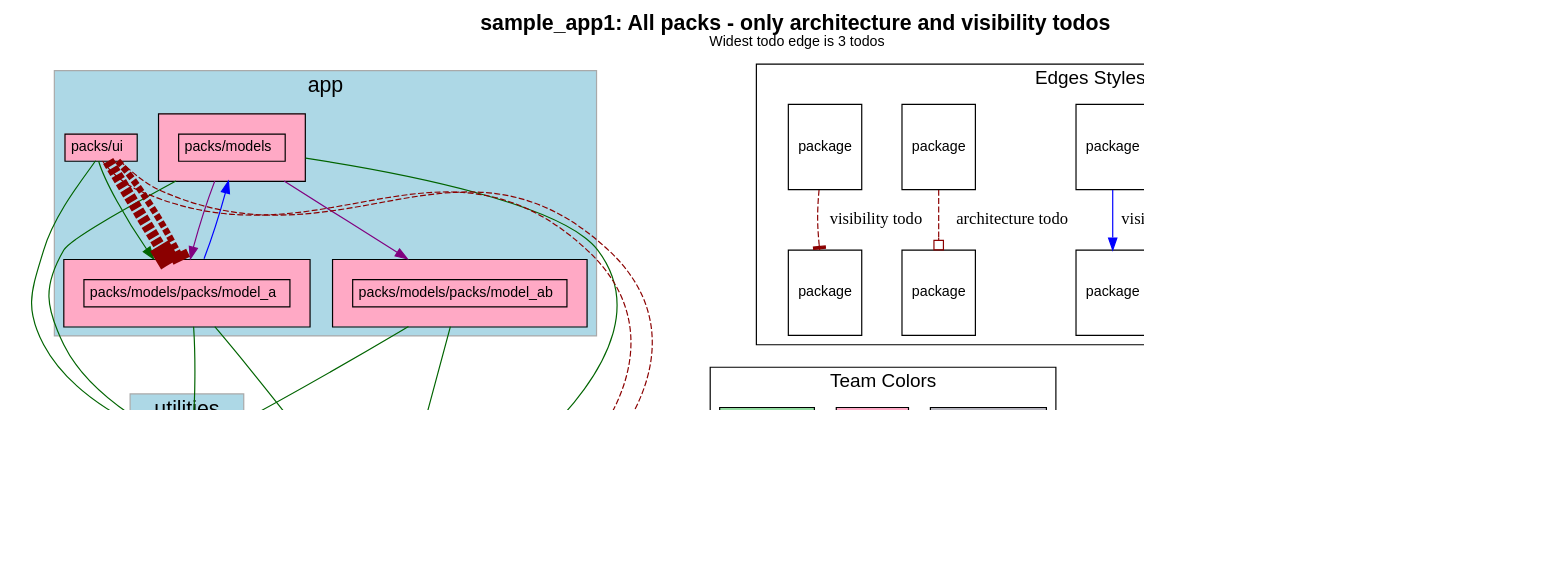
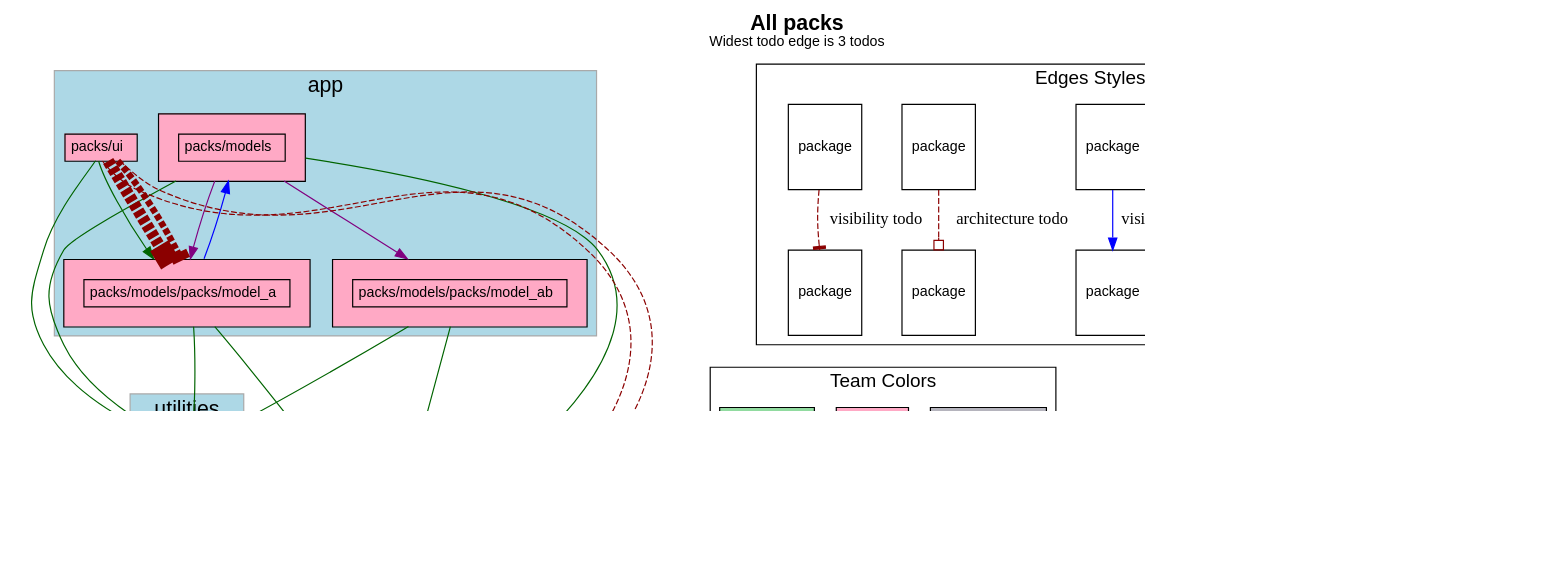
The diagram in spec/sample_app1/test_output/only_todo_types.dot (rubyatscale/visualize_packs), drawn with Graphviz before and after one commit. The commit also changed 21 other files, not shown here.

```diff
--- a/spec/sample_app1/test_output/only_todo_types.dot
+++ b/spec/sample_app1/test_output/only_todo_types.dot
@@ -5,7 +5,7 @@
     fontname="Helvetica,Arial,sans-serif"
     dpi=100
     layout=dot
-    label=<<b>sample_app1: All packs - only architecture and visibility todos</b><br/><font point-size='12'>Widest todo edge is 3 todos</font>>
+    label=<<b>All packs</b><br/><font point-size='12'>Widest todo edge is 3 todos</font>>
     fontsize=18
   ]
   node [
```
